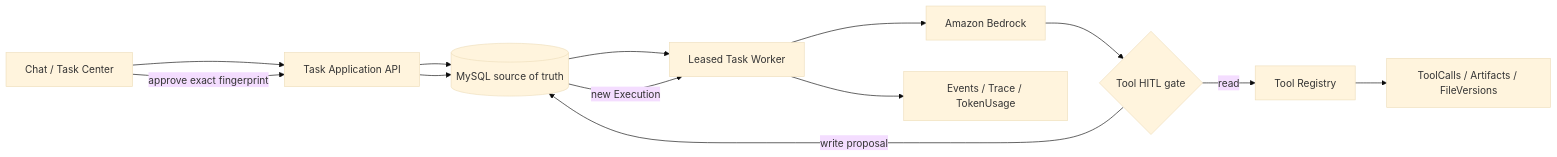
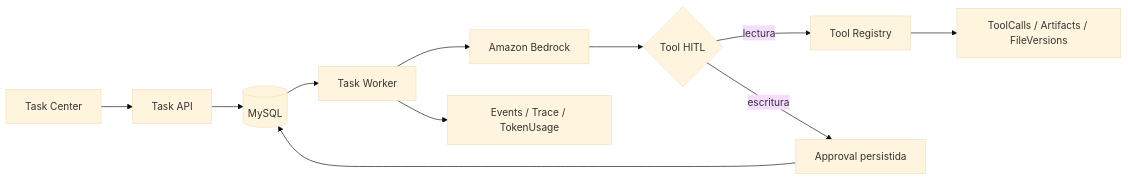
One commit to jimmybackend/michat changed the diagram in README.md. Above: the diagram before and after it, drawn with Mermaid (base theme). The commit also changed other lines of this file, not shown here.

````diff
--- a/README.md
+++ b/README.md
@@ -640,15 +204,13 @@
 ```mermaid
 flowchart LR
-  UI[Chat / Task Center] --> API[Task Application API]
-  API --> DB[(MySQL source of truth)]
-  DB --> Worker[Leased Task Worker]
+  UI[Task Center] --> API[Task API]
+  API --> DB[(MySQL)]
+  DB --> Worker[Task Worker]
   Worker --> Model[Amazon Bedrock]
-  Model --> Gate{Tool HITL gate}
-  Gate -->|read| Tools[Tool Registry]
-  Gate -->|write proposal| DB
-  UI -->|approve exact fingerprint| API
-  API --> DB
-  DB -->|new Execution| Worker
+  Model --> Gate{Tool HITL}
+  Gate -->|lectura| Tools[Tool Registry]
+  Gate -->|escritura| Approval[Approval persistida]
+  Approval --> DB
   Tools --> Artifacts[ToolCalls / Artifacts / FileVersions]
   Worker --> Trace[Events / Trace / TokenUsage]
 ```
````
